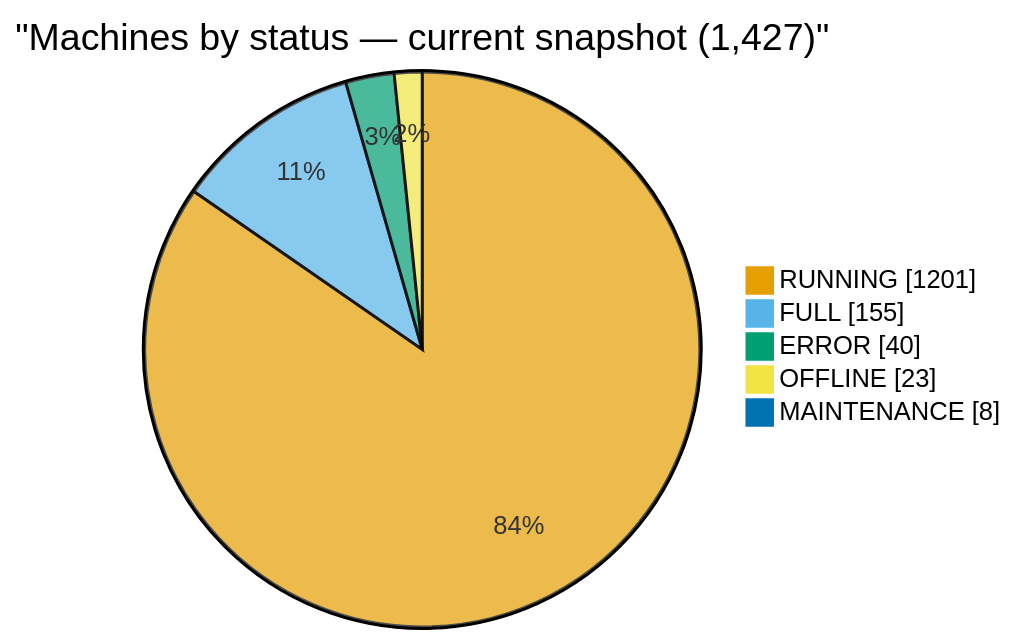
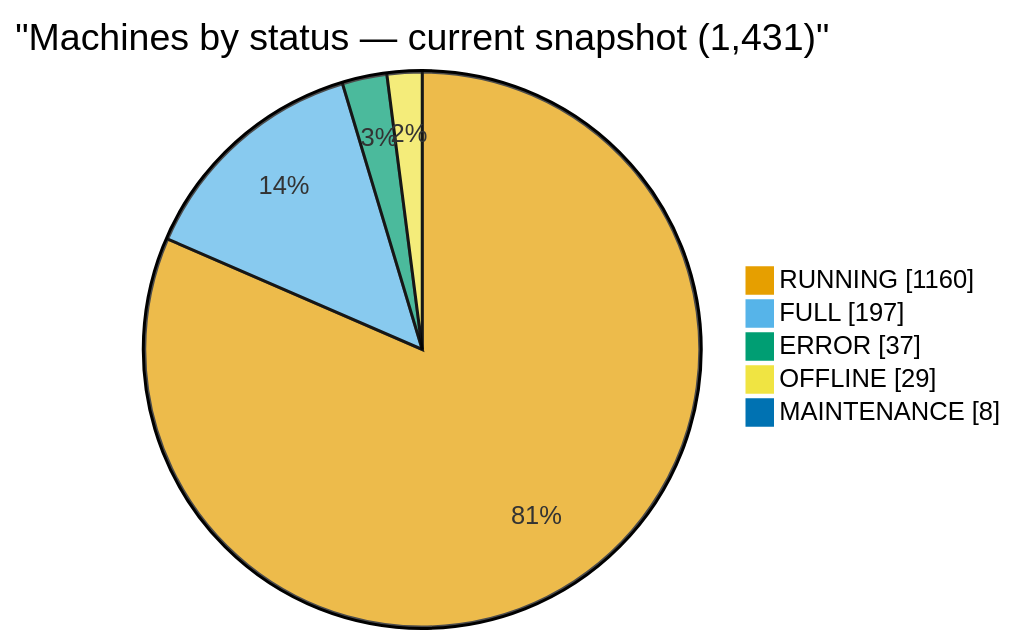
Before and after one commit to cheeaun/returnright-data: the first of 5 diagrams in ANALYSIS.md, drawn with Mermaid. The commit also changed other lines of this file and 4 other files, not shown here.

````diff
--- a/ANALYSIS.md
+++ b/ANALYSIS.md
@@ -22,21 +22,21 @@
 ```mermaid
 ---
 config:
   themeVariables:
     pie1: "#E69F00"
     pie2: "#56B4E9"
     pie3: "#009E73"
     pie4: "#F0E442"
     pie5: "#0072B2"
     pie6: "#D55E00"
     pie7: "#CC79A7"
     pie8: "#999999"
 ---
 pie showData
-    title "Machines by status — current snapshot (1,427)"
-    "RUNNING": 1201
-    "FULL": 155
-    "ERROR": 40
-    "OFFLINE": 23
+    title "Machines by status — current snapshot (1,431)"
+    "RUNNING": 1160
+    "FULL": 197
+    "ERROR": 37
+    "OFFLINE": 29
     "MAINTENANCE": 8
 ```
````
